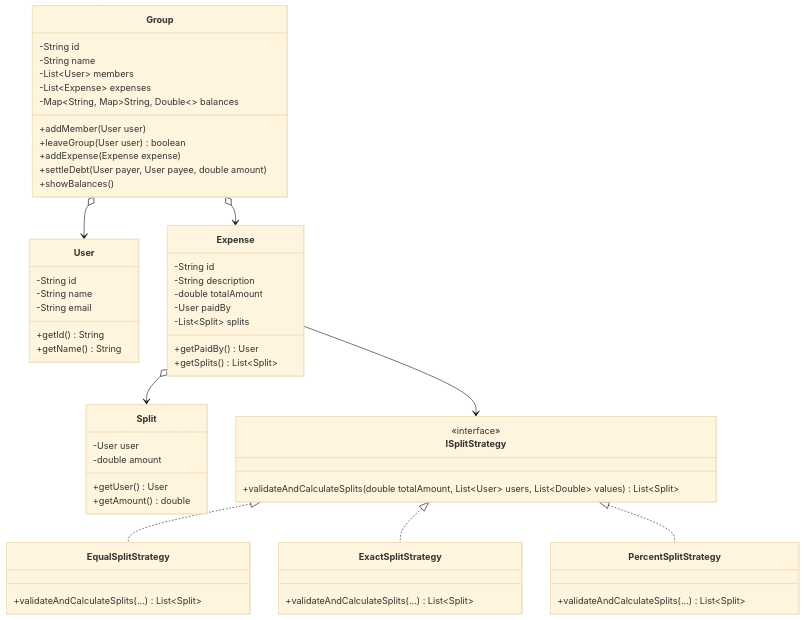
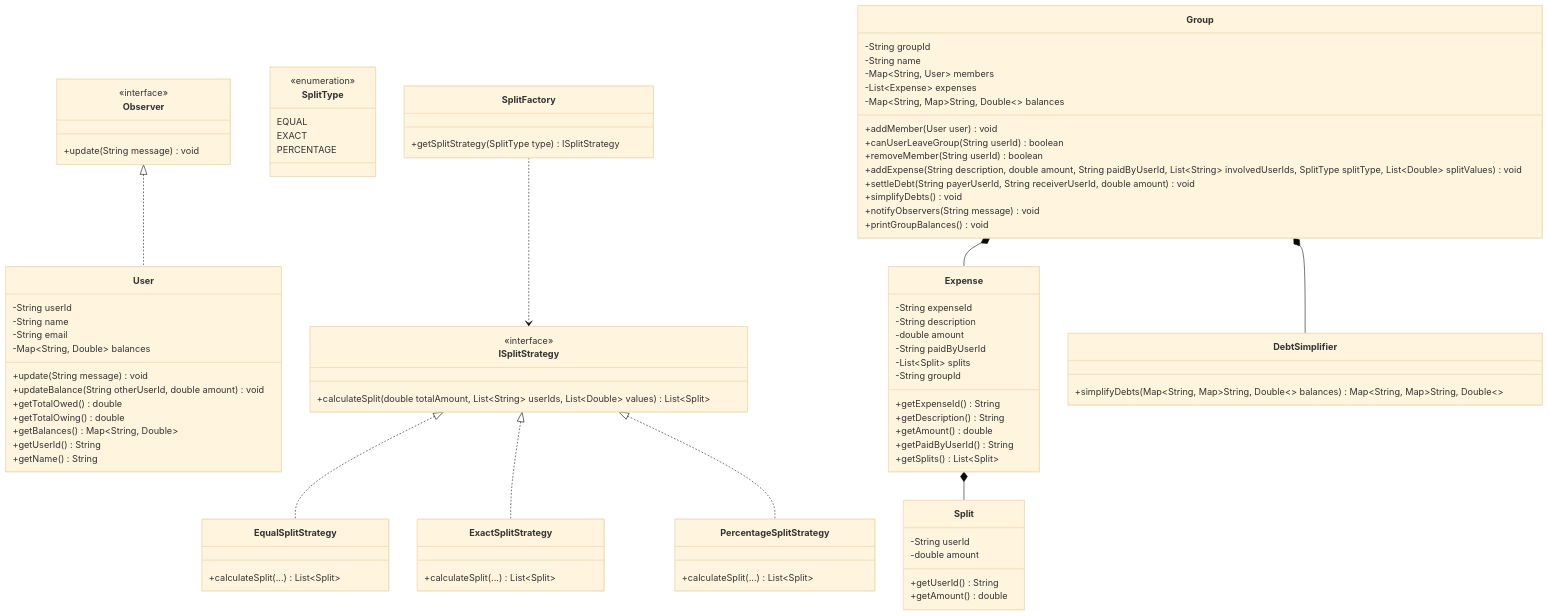
The second of 2 diagrams in 04-OOPs-and-Design-Patterns/04-LLD-Case-Studies/31-Build-Splitwise-Clone.md (rohithgowda18/Notes), drawn with Mermaid (base theme) before and after one commit. The commit also changed other lines of this file and 30 other files, not shown here.

````diff
--- a/04-OOPs-and-Design-Patterns/04-LLD-Case-Studies/31-Build-Splitwise-Clone.md
+++ b/04-OOPs-and-Design-Patterns/04-LLD-Case-Studies/31-Build-Splitwise-Clone.md
@@ -60,62 +97,97 @@
 ```mermaid
 classDiagram
+    class Observer {
+        <<interface>>
+        +update(String message) void
+    }
+
     class User {
-        -String id
+        -String userId
         -String name
         -String email
-        +getId() String
+        -Map~String, Double~ balances
+        +update(String message) void
+        +updateBalance(String otherUserId, double amount) void
+        +getTotalOwed() double
+        +getTotalOwing() double
+        +getBalances() Map~String, Double~
+        +getUserId() String
         +getName() String
+    }
+    Observer <|.. User
+
+    class SplitType {
+        <<enumeration>>
+        EQUAL
+        EXACT
+        PERCENTAGE
     }
 
     class Split {
-        -User user
+        -String userId
         -double amount
-        +getUser() User
+        +getUserId() String
         +getAmount() double
     }
 
     class ISplitStrategy {
         <<interface>>
-        +validateAndCalculateSplits(double totalAmount, List~User~ users, List~Double~ values) List~Split~
+        +calculateSplit(double totalAmount, List~String~ userIds, List~Double~ values) List~Split~
     }
+
     class EqualSplitStrategy {
-        +validateAndCalculateSplits(...) List~Split~
+        +calculateSplit(...) List~Split~
     }
     class ExactSplitStrategy {
-        +validateAndCalculateSplits(...) List~Split~
+        +calculateSplit(...) List~Split~
     }
-    class PercentSplitStrategy {
-        +validateAndCalculateSplits(...) List~Split~
+    class PercentageSplitStrategy {
+        +calculateSplit(...) List~Split~
     }
     ISplitStrategy <|.. EqualSplitStrategy
     ISplitStrategy <|.. ExactSplitStrategy
-    ISplitStrategy <|.. PercentSplitStrategy
+    ISplitStrategy <|.. PercentageSplitStrategy
+
+    class SplitFactory {
+        +getSplitStrategy(SplitType type) ISplitStrategy
+    }
 
     class Expense {
-        -String id
+        -String expenseId
         -String description
-        -double totalAmount
-        -User paidBy
+        -double amount
+        -String paidByUserId
         -List~Split~ splits
-        +getPaidBy() User
+        -String groupId
+        +getExpenseId() String
+        +getDescription() String
+        +getAmount() double
+        +getPaidByUserId() String
         +getSplits() List~Split~
     }
 
     class Group {
-        -String id
+        -String groupId
         -String name
-        -List~User~ members
+        -Map~String, User~ members
         -List~Expense~ expenses
         -Map~String, Map~String, Double~~ balances
-        +addMember(User user)
-        +leaveGroup(User user) boolean
-        +addExpense(Expense expense)
-        +settleDebt(User payer, User payee, double amount)
-        +showBalances()
+        +addMember(User user) void
+        +canUserLeaveGroup(String userId) boolean
+        +removeMember(String userId) boolean
+        +addExpense(String description, double amount, String paidByUserId, List~String~ involvedUserIds, SplitType splitType, List~Double~ splitValues) void
+        +settleDebt(String payerUserId, String receiverUserId, double amount) void
+        +simplifyDebts() void
+        +notifyObservers(String message) void
+        +printGroupBalances() void
     }
 
-    Group o--> User
-    Group o--> Expense
-    Expense o--> Split
-    Expense --> ISplitStrategy
+    class DebtSimplifier {
+        +simplifyDebts(Map~String, Map~String, Double~~ balances) Map~String, Map~String, Double~~
+    }
+
+    Group *-- Expense
+    Group *-- DebtSimplifier
+    Expense *-- Split
+    SplitFactory ..> ISplitStrategy
 ```
````
